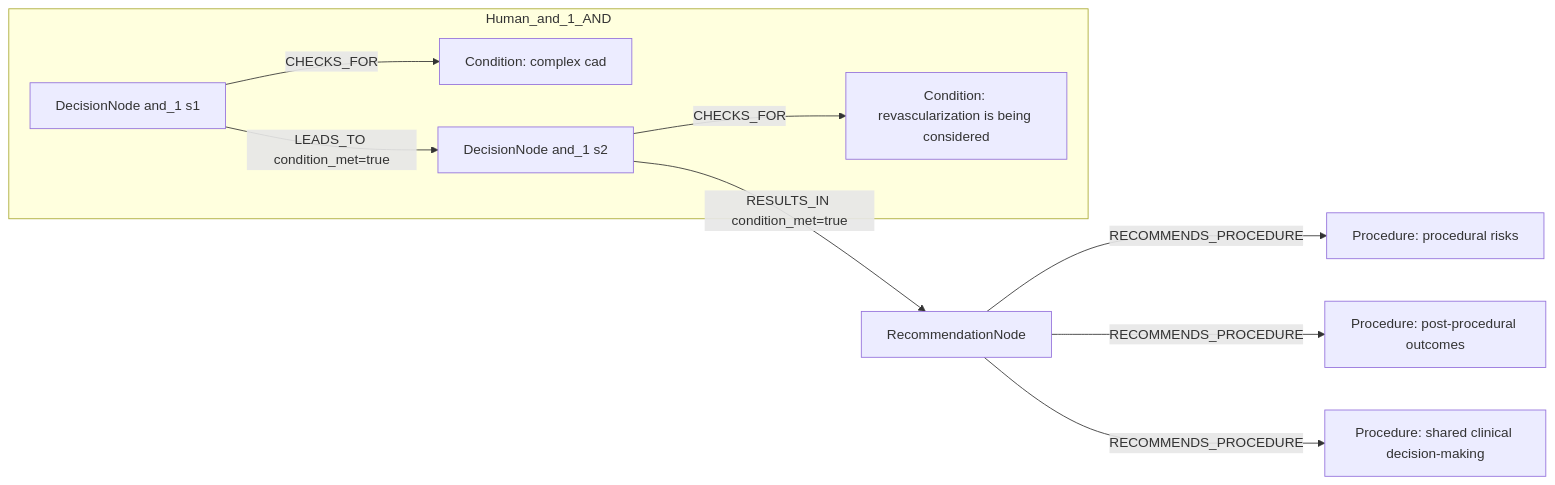
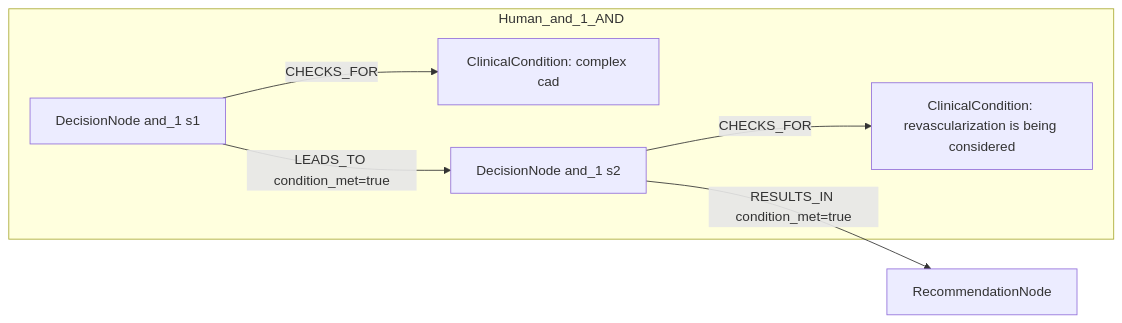
One commit to dieterich-lab/CardioGuidelinesGraph changed the first of 2 diagrams in docs/table22_rows_comparison/row_13.md. Above: the diagram before and after it, drawn with Mermaid. The commit also changed other lines of this file and 20 other files, not shown here.

````diff
--- a/docs/table22_rows_comparison/row_13.md
+++ b/docs/table22_rows_comparison/row_13.md
@@ -238,20 +208,14 @@
 ```mermaid
 graph LR
   REC[RecommendationNode]
-  ACT1[Procedure: procedural risks]
-  REC -->|RECOMMENDS_PROCEDURE| ACT1
-  ACT2[Procedure: post-procedural outcomes]
-  REC -->|RECOMMENDS_PROCEDURE| ACT2
-  ACT3[Procedure: shared clinical decision-making]
-  REC -->|RECOMMENDS_PROCEDURE| ACT3
   subgraph Human_and_1_AND
     D_and_1_1[DecisionNode and_1 s1]
-    C_and_1_1[Condition: complex cad]
+    C_and_1_1[ClinicalCondition: complex cad]
     D_and_1_1 -->|CHECKS_FOR| C_and_1_1
     D_and_1_2[DecisionNode and_1 s2]
-    C_and_1_2[Condition: revascularization is being considered]
+    C_and_1_2[ClinicalCondition: revascularization is being considered]
     D_and_1_2 -->|CHECKS_FOR| C_and_1_2
     D_and_1_1 -->|LEADS_TO condition_met=true| D_and_1_2
   end
   D_and_1_2 -->|RESULTS_IN condition_met=true| REC
 ```
````
